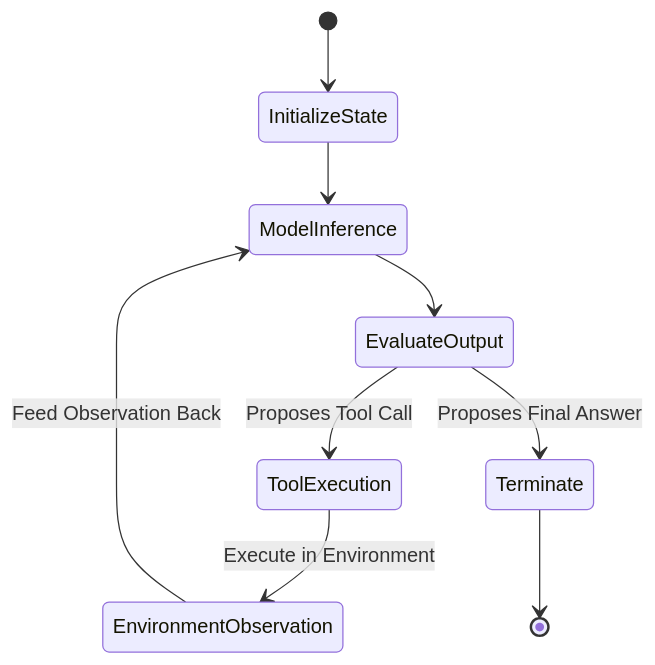
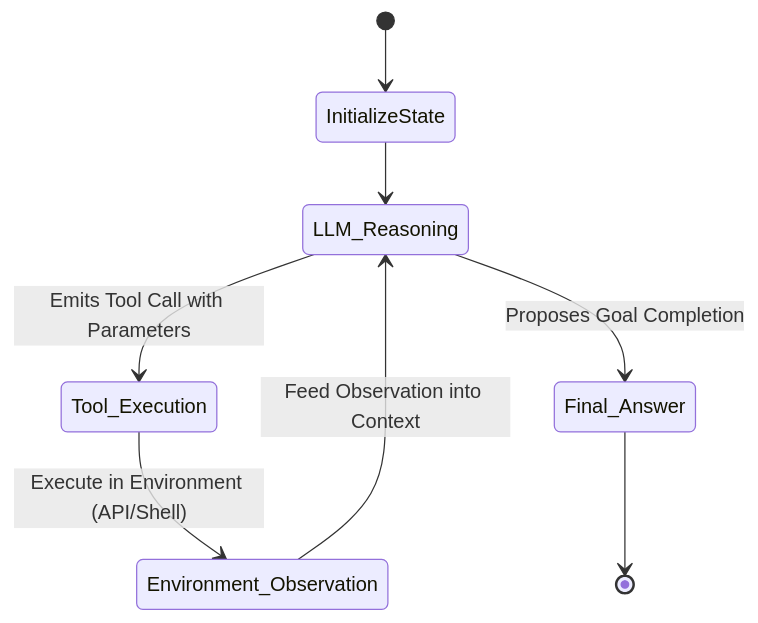
Diagram 11 of 14 in module-01-agentic-ai-foundations/content/01-from-generative-ai-to-agentic-control-loops.md (sivaskm/agentic-ai-engineering), drawn with Mermaid before and after one commit. The commit also changed other lines of this file, not shown here.

````diff
--- a/module-01-agentic-ai-foundations/content/01-from-generative-ai-to-agentic-control-loops.md
+++ b/module-01-agentic-ai-foundations/content/01-from-generative-ai-to-agentic-control-loops.md
@@ -260,13 +323,12 @@
 ```mermaid
 stateDiagram-v2
     [*] --> InitializeState
-    InitializeState --> ModelInference
-    ModelInference --> EvaluateOutput
+    InitializeState --> LLM_Reasoning
     
-    EvaluateOutput --> ToolExecution: Proposes Tool Call
-    ToolExecution --> EnvironmentObservation: Execute in Environment
-    EnvironmentObservation --> ModelInference: Feed Observation Back
+    LLM_Reasoning --> Tool_Execution: Emits Tool Call with Parameters
+    Tool_Execution --> Environment_Observation: Execute in Environment (API/Shell)
+    Environment_Observation --> LLM_Reasoning: Feed Observation into Context
     
-    EvaluateOutput --> Terminate: Proposes Final Answer
-    Terminate --> [*]
+    LLM_Reasoning --> Final_Answer: Proposes Goal Completion
+    Final_Answer --> [*]
 ```
````
